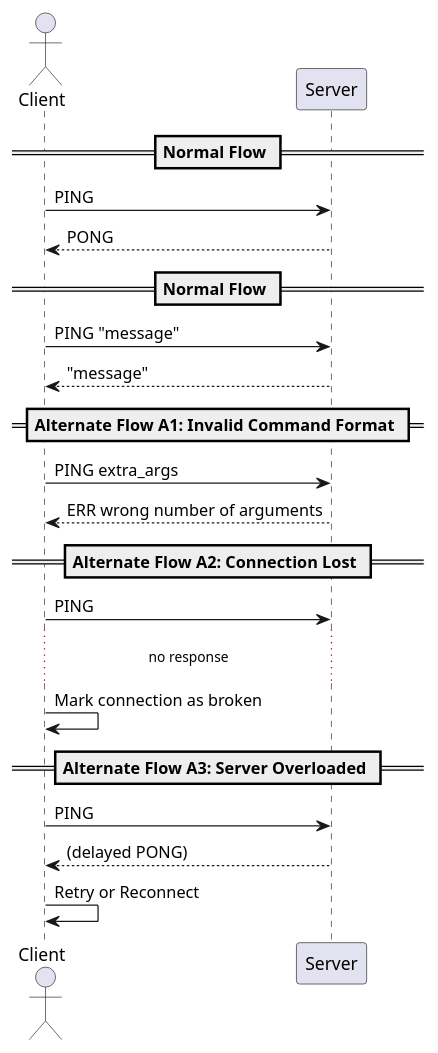
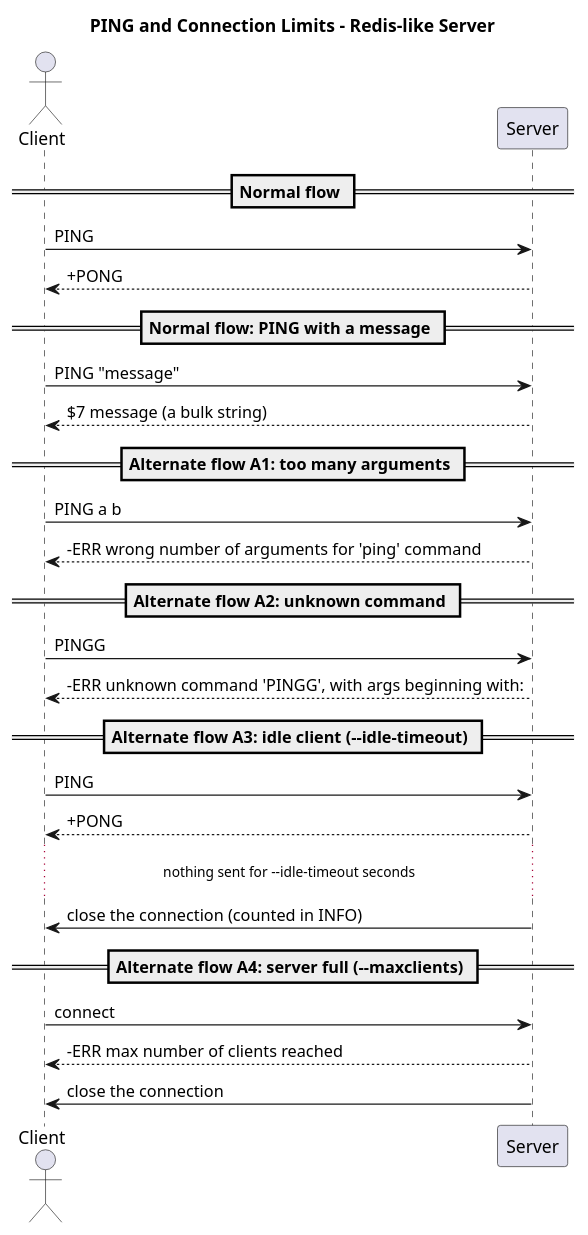
One commit to sleepyviper1213/redis changed the diagram in docs/analysis/diagrams/sequence_connection_ping_pong.puml. Above: the diagram before and after it, drawn with PlantUML. The commit also changed 14 other files, not shown here.

Commit message:
[docs] spec: SRS revision 4, diagrams matching the code

```diff
--- a/docs/analysis/diagrams/sequence_connection_ping_pong.puml
+++ b/docs/analysis/diagrams/sequence_connection_ping_pong.puml
@@ -1,25 +1,34 @@
 @startuml
+title PING and Connection Limits - Redis-like Server
+
 actor Client
 participant Server
 
-== Normal Flow ==
-Client -> Server: PING
-Server --> Client: PONG
-== Normal Flow ==
+== Normal flow ==
+Client -> Server : PING
+Server --> Client : +PONG
 
-Client -> Server: PING "message"
-Server --> Client: "message"
-== Alternate Flow A1: Invalid Command Format ==
-Client -> Server: PING extra_args
-Server --> Client: ERR wrong number of arguments
+== Normal flow: PING with a message ==
+Client -> Server : PING "message"
+Server --> Client : $7 message (a bulk string)
 
-== Alternate Flow A2: Connection Lost ==
-Client -> Server: PING
-... no response ...
-Client -> Client: Mark connection as broken
+== Alternate flow A1: too many arguments ==
+Client -> Server : PING a b
+Server --> Client : -ERR wrong number of arguments for 'ping' command
 
-== Alternate Flow A3: Server Overloaded ==
-Client -> Server: PING
-Server --> Client: (delayed PONG)
-Client -> Client: Retry or Reconnect
+== Alternate flow A2: unknown command ==
+Client -> Server : PINGG
+Server --> Client : -ERR unknown command 'PINGG', with args beginning with:
+
+== Alternate flow A3: idle client (--idle-timeout) ==
+Client -> Server : PING
+Server --> Client : +PONG
+... nothing sent for --idle-timeout seconds ...
+Server -> Client : close the connection (counted in INFO)
+
+== Alternate flow A4: server full (--maxclients) ==
+Client -> Server : connect
+Server --> Client : -ERR max number of clients reached
+Server -> Client : close the connection
+
 @enduml
```
